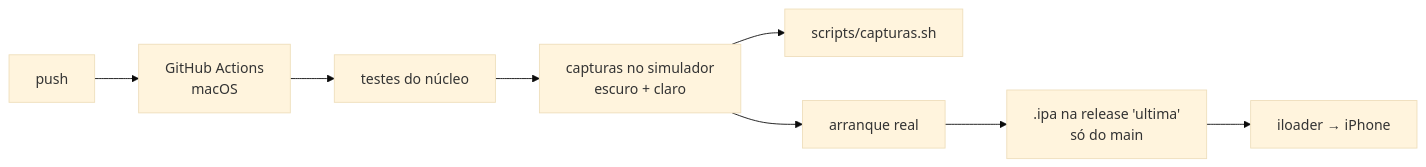
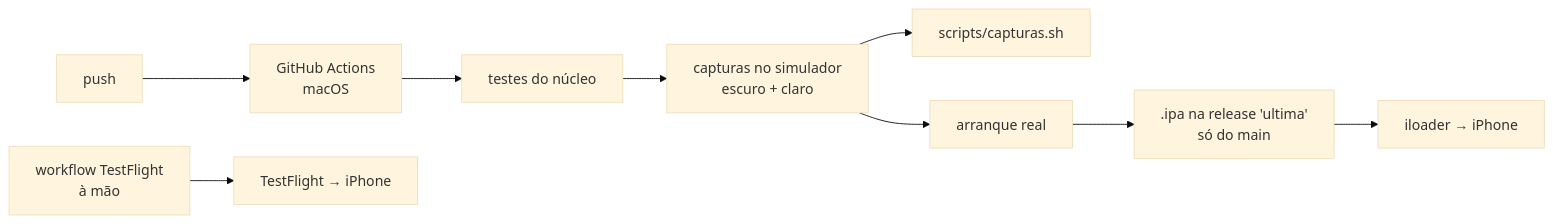
Before and after one commit to hroxo/todo: the diagram in README.md, drawn with Mermaid (base theme). The commit also changed other lines of this file and 10 other files, not shown here.

First line of the commit message:
Docs: limpeza e atualização (README 0.6 com TestFlight, DESIGN sem o ícone antigo, desenho da arquitetura)

````diff
--- a/README.md
+++ b/README.md
@@ -267,10 +268,11 @@
 ```mermaid
 flowchart LR
   A[push] --> B[GitHub Actions<br/>macOS]
   B --> C[testes do núcleo]
   C --> E[capturas no simulador<br/>escuro + claro]
   E --> F[scripts/capturas.sh]
   E --> H[arranque real]
   H --> D[.ipa na release 'ultima'<br/>só do main]
   D --> G[iloader → iPhone]
+  I[workflow TestFlight<br/>à mão] --> J[TestFlight → iPhone]
 ```
````
